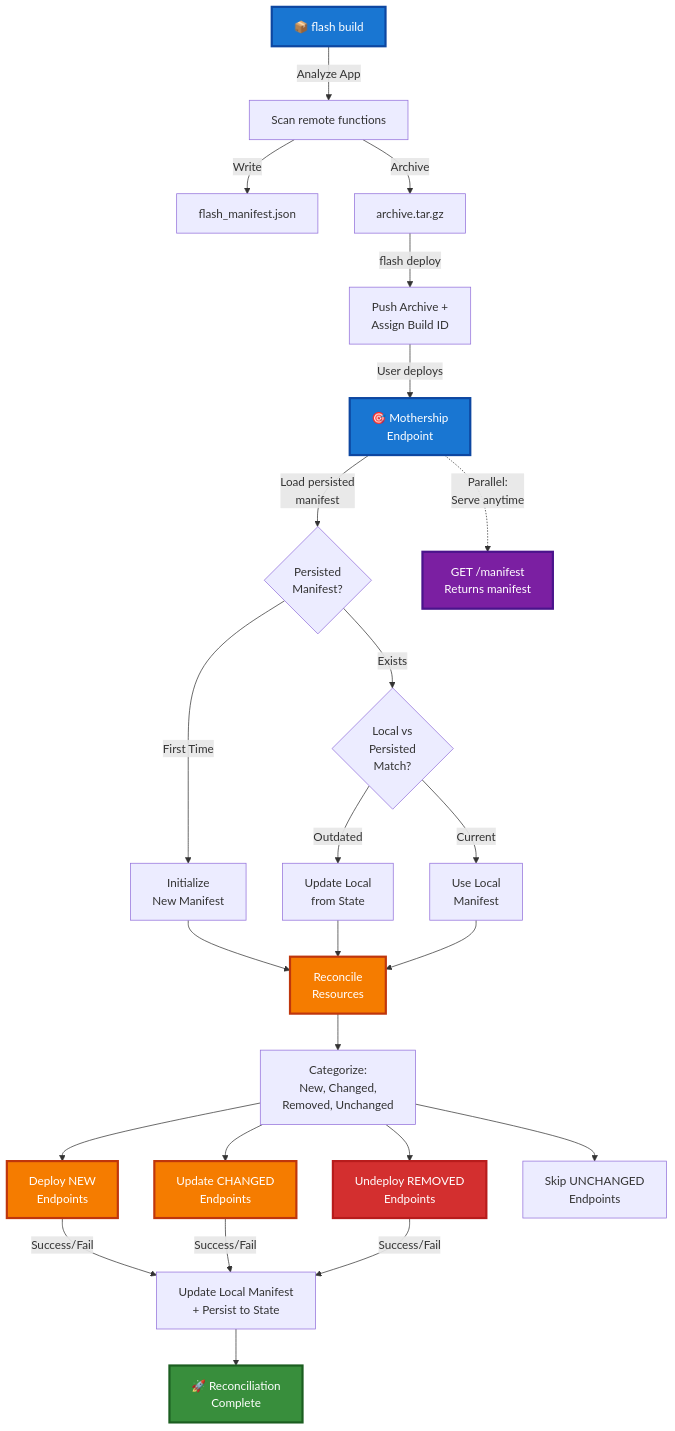
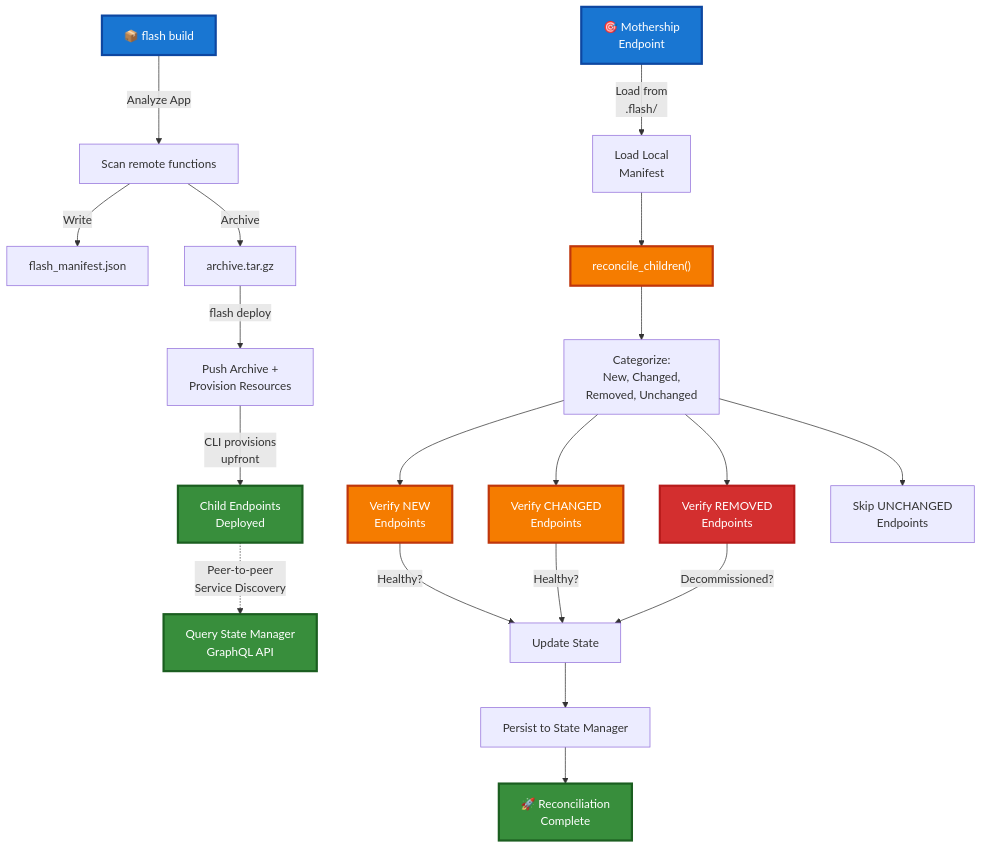
One commit to runpod/tetra-rp changed the first of 3 diagrams in docs/Deployment_Architecture.md. Above: the diagram before and after it, drawn with Mermaid. The commit also changed other lines of this file and 61 other files, not shown here.

First line of the commit message:
feat: implement upfront resource provisioning in deployment flow (#152)

````diff
--- a/docs/Deployment_Architecture.md
+++ b/docs/Deployment_Architecture.md
@@ -8,44 +8,41 @@
 ```mermaid
 graph TD
     A["📦 flash build"] -->|"Analyze App"| B["Scan remote functions"]
     B -->|"Write"| C["flash_manifest.json"]
     B -->|"Archive"| D["archive.tar.gz"]
 
-    D -->|"flash deploy"| E["Push Archive +<br/>Assign Build ID"]
+    D -->|"flash deploy"| E["Push Archive +<br/>Provision Resources"]
 
-    E -->|"User deploys"| F["🎯 Mothership<br/>Endpoint"]
+    E -->|"CLI provisions<br/>upfront"| F["Child Endpoints<br/>Deployed"]
 
-    F -->|"Load persisted<br/>manifest"| G{"Persisted<br/>Manifest?"}
-    G -->|"First Time"| H["Initialize<br/>New Manifest"]
-    G -->|"Exists"| I{"Local vs<br/>Persisted<br/>Match?"}
-    I -->|"Outdated"| J["Update Local<br/>from State"]
-    I -->|"Current"| K["Use Local<br/>Manifest"]
+    G["🎯 Mothership<br/>Endpoint"] -->|"Load from<br/>.flash/"| H["Load Local<br/>Manifest"]
 
-    H --> L["Reconcile<br/>Resources"]
-    J --> L
-    K --> L
+    H --> I["reconcile_children()"]
 
-    L --> M["Categorize:<br/>New, Changed,<br/>Removed, Unchanged"]
+    I --> J["Categorize:<br/>New, Changed,<br/>Removed, Unchanged"]
 
-    M --> N["Deploy NEW<br/>Endpoints"]
-    M --> O["Update CHANGED<br/>Endpoints"]
-    M --> P["Undeploy REMOVED<br/>Endpoints"]
-    M --> Q["Skip UNCHANGED<br/>Endpoints"]
+    J --> K["Verify NEW<br/>Endpoints"]
+    J --> L["Verify CHANGED<br/>Endpoints"]
+    J --> M["Verify REMOVED<br/>Endpoints"]
+    J --> N["Skip UNCHANGED<br/>Endpoints"]
 
-    N -->|"Success/Fail"| R["Update Local Manifest<br/>+ Persist to State"]
-    O -->|"Success/Fail"| R
-    P -->|"Success/Fail"| R
+    K -->|"Healthy?"| O["Update State"]
+    L -->|"Healthy?"| O
+    M -->|"Decommissioned?"| O
 
-    R --> S["🚀 Reconciliation<br/>Complete"]
+    O --> P["Persist to State Manager"]
 
-    F -.->|"Parallel:<br/>Serve anytime"| T["GET /manifest<br/>Returns manifest"]
+    P --> Q["🚀 Reconciliation<br/>Complete"]
+
+    F -.->|"Peer-to-peer<br/>Service Discovery"| R["Query State Manager<br/>GraphQL API"]
 
     style A fill:#1976d2,stroke:#0d47a1,stroke-width:3px,color:#fff
-    style F fill:#1976d2,stroke:#0d47a1,stroke-width:3px,color:#fff
+    style G fill:#1976d2,stroke:#0d47a1,stroke-width:3px,color:#fff
+    style I fill:#f57c00,stroke:#bf360c,stroke-width:3px,color:#fff
+    style K fill:#f57c00,stroke:#bf360c,stroke-width:3px,color:#fff
     style L fill:#f57c00,stroke:#bf360c,stroke-width:3px,color:#fff
-    style N fill:#f57c00,stroke:#bf360c,stroke-width:3px,color:#fff
-    style O fill:#f57c00,stroke:#bf360c,stroke-width:3px,color:#fff
-    style P fill:#d32f2f,stroke:#b71c1c,stroke-width:3px,color:#fff
-    style S fill:#388e3c,stroke:#1b5e20,stroke-width:3px,color:#fff
-    style T fill:#7b1fa2,stroke:#4a148c,stroke-width:3px,color:#fff
+    style M fill:#d32f2f,stroke:#b71c1c,stroke-width:3px,color:#fff
+    style Q fill:#388e3c,stroke:#1b5e20,stroke-width:3px,color:#fff
+    style R fill:#388e3c,stroke:#1b5e20,stroke-width:3px,color:#fff
+    style F fill:#388e3c,stroke:#1b5e20,stroke-width:3px,color:#fff
 ```
````
